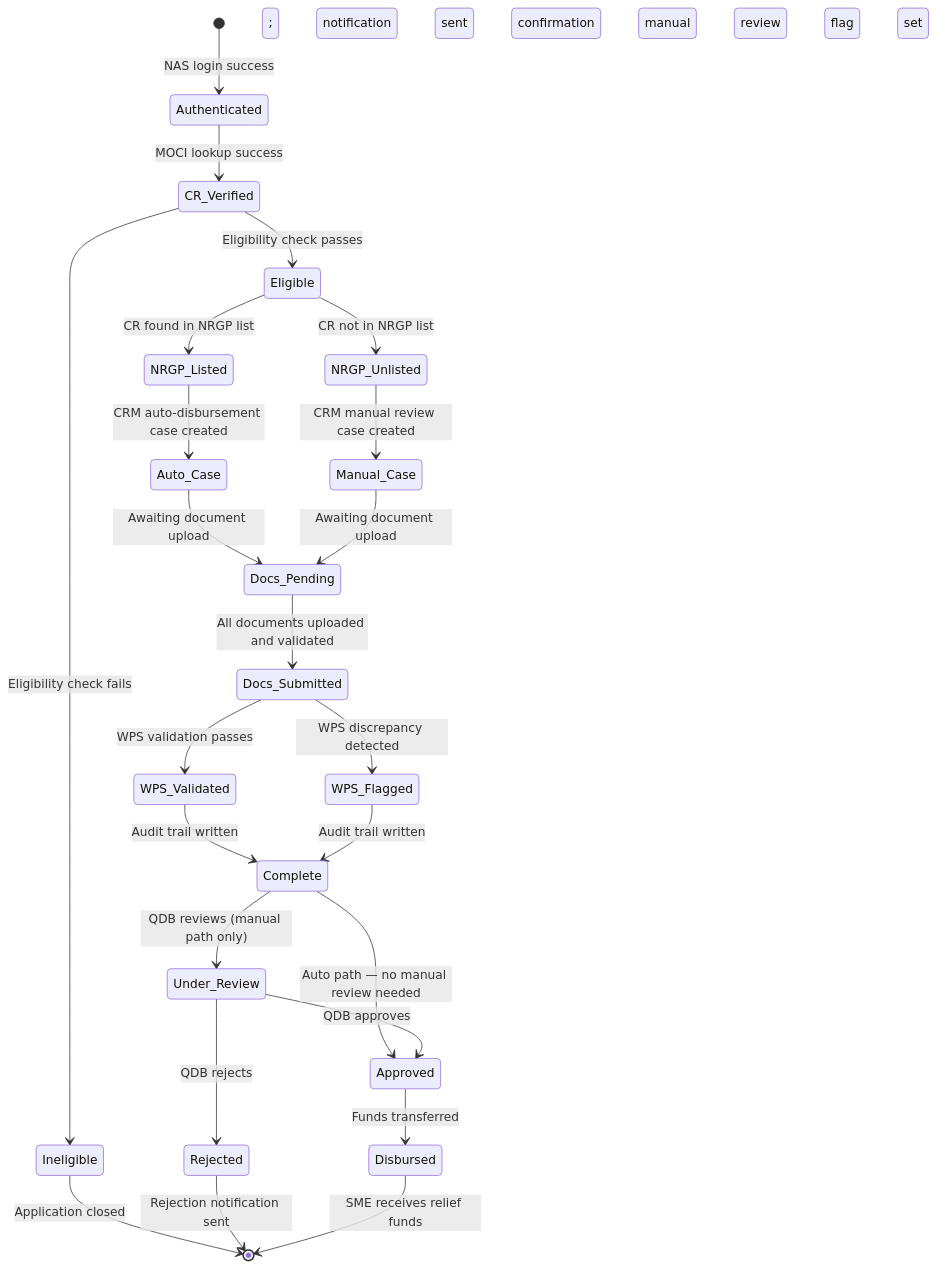
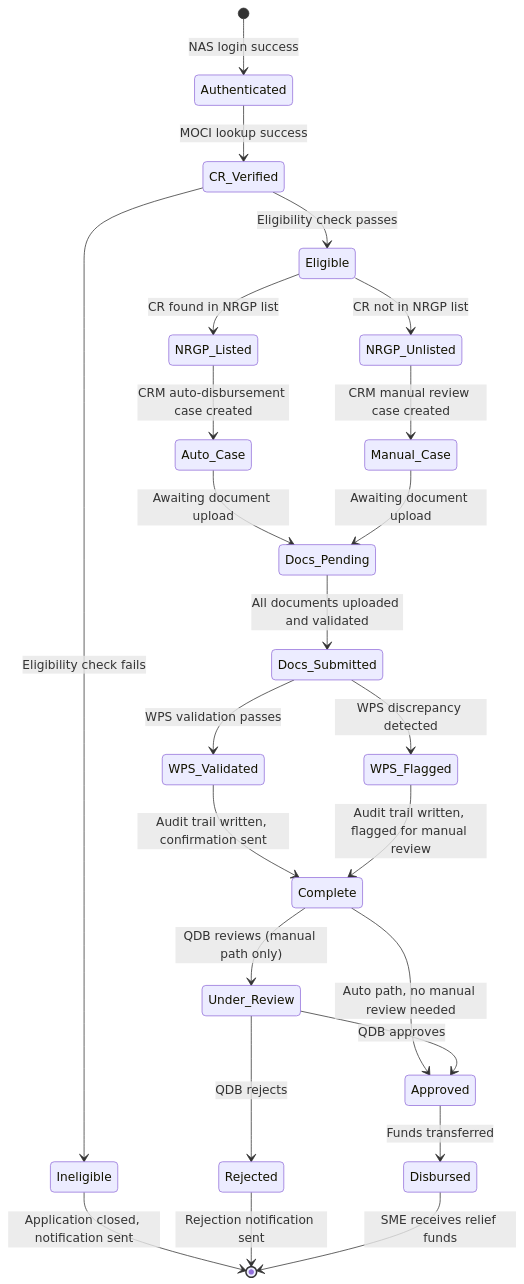
The ninth of 9 diagrams in products/qdb-sme-relief/docs/business-analysis.md (Tamoura/Claude-Code-creates-the-SW-company), drawn with Mermaid before and after one commit. The commit also changed 1 other file, not shown here.

Commit message:
fix(qdb-sme-relief): fix stateDiagram-v2 separate-box rendering
Semicolons in stateDiagram-v2 transition labels are treated as
statement terminators by Mermaid's parser, causing text after ; to
be interpreted as a new state definition and rendered as a phantom
box. Replaced all semicolons with commas across PRD.md (7 labels)
and business-analysis.md (3 labels).

````diff
--- a/products/qdb-sme-relief/docs/business-analysis.md
+++ b/products/qdb-sme-relief/docs/business-analysis.md
@@ -859,26 +859,26 @@
 ```mermaid
 stateDiagram-v2
     [*] --> Authenticated : NAS login success
     Authenticated --> CR_Verified : MOCI lookup success
     CR_Verified --> Ineligible : Eligibility check fails
     CR_Verified --> Eligible : Eligibility check passes
-    Ineligible --> [*] : Application closed; notification sent
+    Ineligible --> [*] : Application closed, notification sent
     Eligible --> NRGP_Listed : CR found in NRGP list
     Eligible --> NRGP_Unlisted : CR not in NRGP list
     NRGP_Listed --> Auto_Case : CRM auto-disbursement case created
     NRGP_Unlisted --> Manual_Case : CRM manual review case created
     Auto_Case --> Docs_Pending : Awaiting document upload
     Manual_Case --> Docs_Pending : Awaiting document upload
     Docs_Pending --> Docs_Submitted : All documents uploaded and validated
     Docs_Submitted --> WPS_Validated : WPS validation passes
     Docs_Submitted --> WPS_Flagged : WPS discrepancy detected
-    WPS_Validated --> Complete : Audit trail written; confirmation sent
-    WPS_Flagged --> Complete : Audit trail written; manual review flag set
+    WPS_Validated --> Complete : Audit trail written, confirmation sent
+    WPS_Flagged --> Complete : Audit trail written, flagged for manual review
     Complete --> Under_Review : QDB reviews (manual path only)
-    Complete --> Approved : Auto path — no manual review needed
+    Complete --> Approved : Auto path, no manual review needed
     Under_Review --> Approved : QDB approves
     Under_Review --> Rejected : QDB rejects
     Approved --> Disbursed : Funds transferred
     Rejected --> [*] : Rejection notification sent
     Disbursed --> [*] : SME receives relief funds
 ```
````
